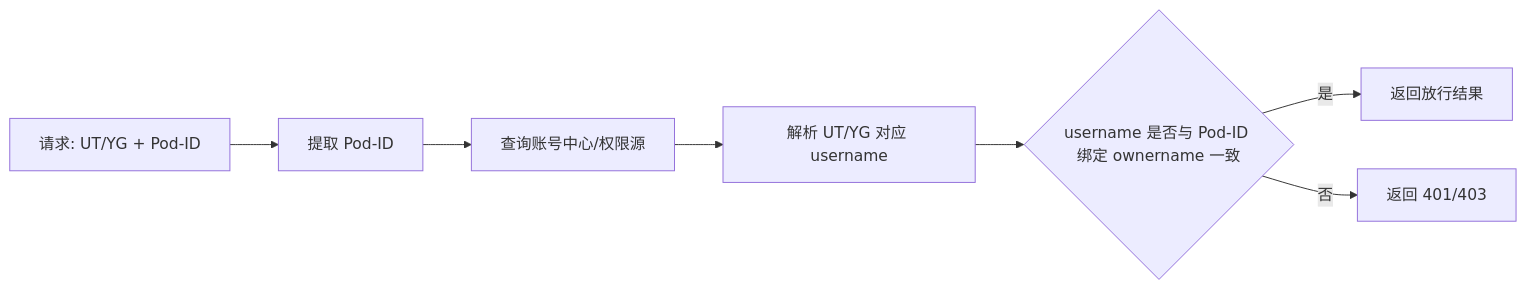
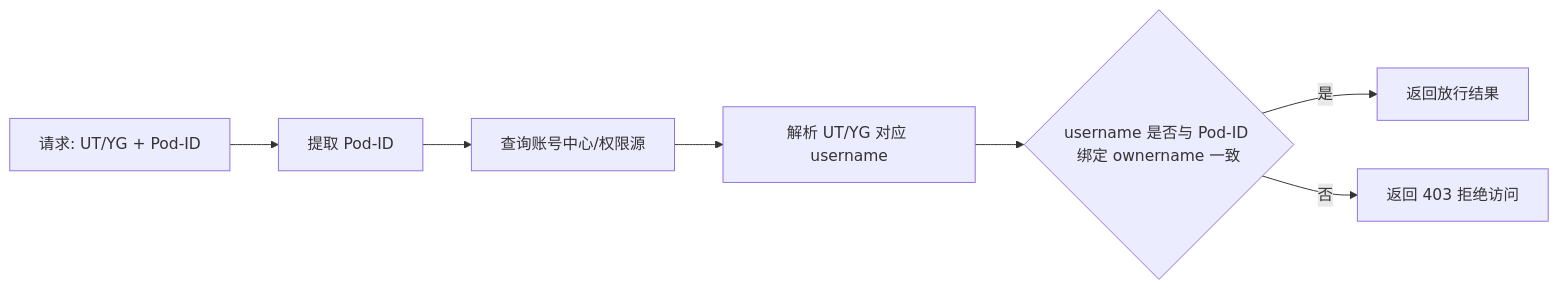
The second of 3 diagrams in opensourceways/backlog/issue_docs/151/Architecture Desgin/#151 Architecture Design Specification.md (GeorgeCao-hw/backlog-test), drawn with Mermaid before and after one commit. The commit also changed other lines of this file and 2 other files, not shown here.

````diff
--- a/opensourceways/backlog/issue_docs/151/Architecture Desgin/#151 Architecture Design Specification.md
+++ b/opensourceways/backlog/issue_docs/151/Architecture Desgin/#151 Architecture Design Specification.md
@@ -43,9 +43,9 @@
 ```mermaid
 flowchart LR
     Req[请求: UT/YG + Pod-ID] --> Extract[提取 Pod-ID]
     Extract --> Query[查询账号中心/权限源]
     Query --> UserName[解析 UT/YG 对应 username]
     UserName --> Verify{username 是否与 Pod-ID 绑定 ownername 一致}
     Verify -- 是 --> Allow[返回放行结果]
-    Verify -- 否 --> Deny[返回 401/403]
+    Verify -- 否 --> Deny[返回 403 拒绝访问]
 ```
````
